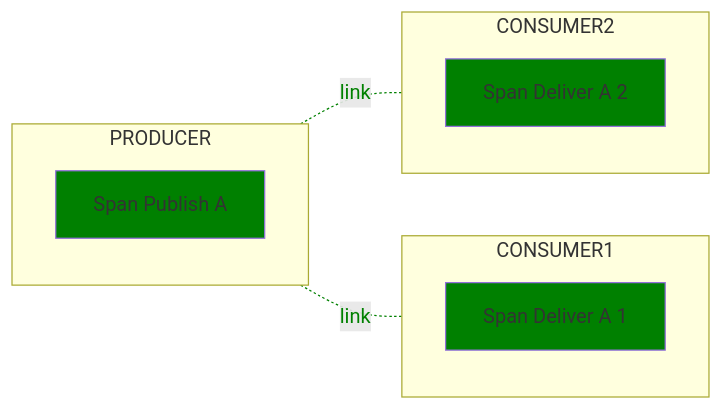
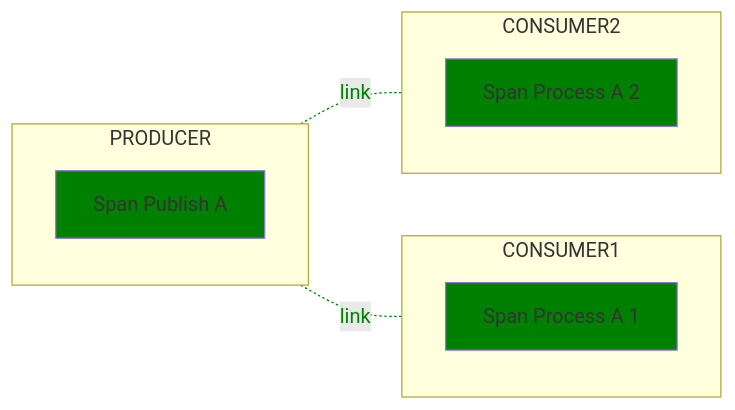
The first of 3 diagrams in docs/messaging/messaging-spans.md (open-telemetry/semantic-conventions), drawn with Mermaid before and after one commit. The commit also changed other lines of this file and 5 other files, not shown here.

````diff
--- a/docs/messaging/messaging-spans.md
+++ b/docs/messaging/messaging-spans.md
@@ -474,21 +479,21 @@
 ```mermaid
 flowchart LR;
   subgraph PRODUCER
   direction TB
   P[Span Publish A]
   end
   subgraph CONSUMER1
   direction TB
-  R1[Span Deliver A 1]
+  R1[Span Process A 1]
   end
   subgraph CONSUMER2
   direction TB
-  R2[Span Deliver A 2]
+  R2[Span Process A 2]
   end
   P-. link .-R1;
   P-. link .-R2;
 
   classDef normal fill:green
   class P,R1,R2 normal
   linkStyle 0,1 color:green,stroke:green
 ```
````
